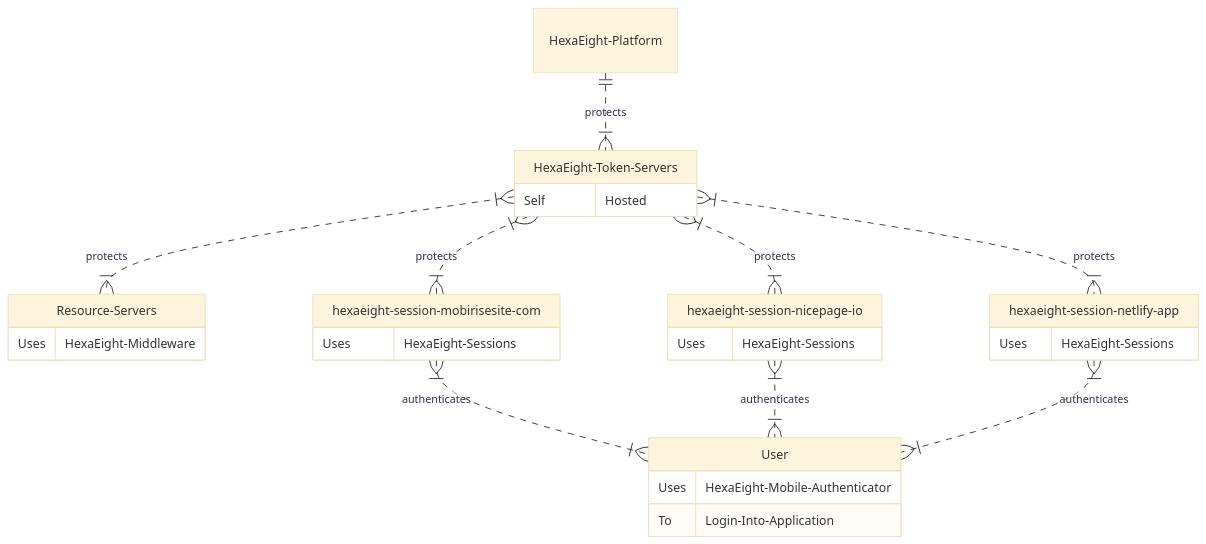
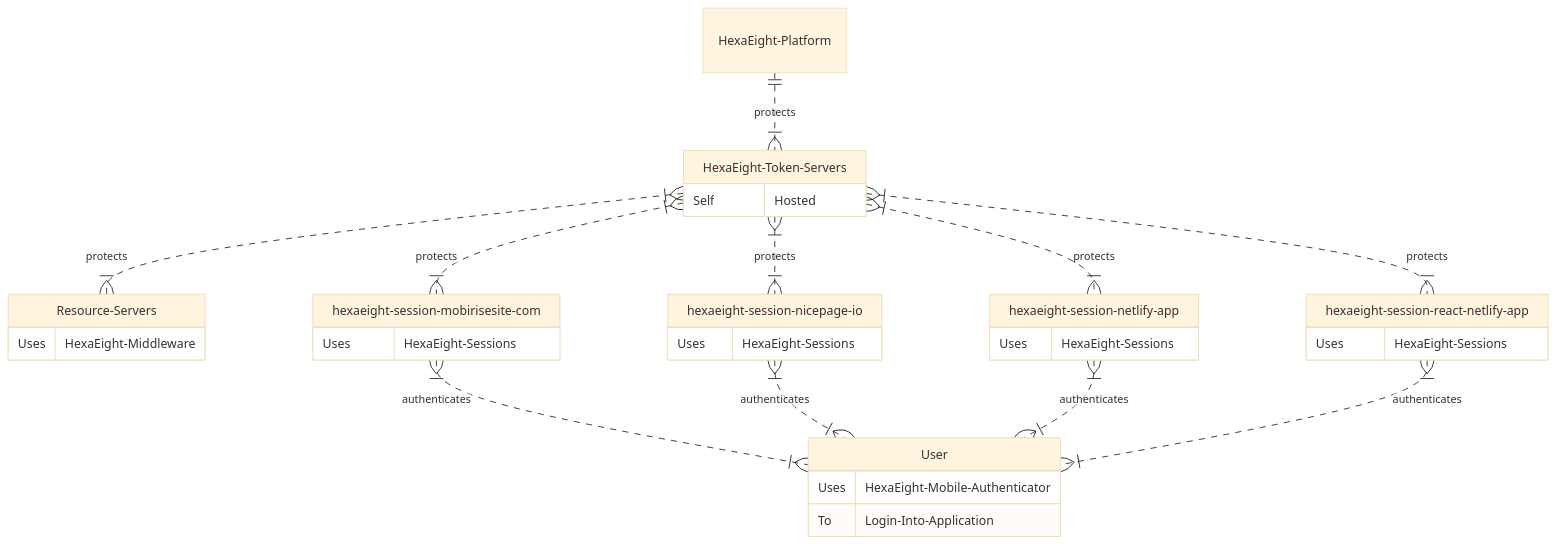
One commit to HexaEightTeam/session-js-spa-https changed the second of 2 diagrams in README.md. Above: the diagram before and after it, drawn with Mermaid (base theme).

````diff
--- a/README.md
+++ b/README.md
@@ -99,31 +99,36 @@
 ```mermaid
 erDiagram
 	HexaEight-Platform ||..|{ HexaEight-Token-Servers : protects
 	HexaEight-Token-Servers }|..|{ Resource-Servers : protects
         Resource-Servers {
         Uses HexaEight-Middleware
 	}
 	HexaEight-Token-Servers {
 	Self Hosted
 	}
+	HexaEight-Token-Servers }|..|{ hexaeight-session-netlify-app : protects
+        hexaeight-session-netlify-app{
+	Uses HexaEight-Sessions
+	}
+	HexaEight-Token-Servers }|..|{ hexaeight-session-react-netlify-app : protects
+        hexaeight-session-react-netlify-app{
+	Uses HexaEight-Sessions
+	}
 	HexaEight-Token-Servers }|..|{ hexaeight-session-mobirisesite-com : protects
         hexaeight-session-mobirisesite-com{
 	Uses HexaEight-Sessions
 	}
 	HexaEight-Token-Servers }|..|{ hexaeight-session-nicepage-io : protects
         hexaeight-session-nicepage-io{
 	Uses HexaEight-Sessions
 	}
-	HexaEight-Token-Servers }|..|{ hexaeight-session-netlify-app : protects
-        hexaeight-session-netlify-app{
-	Uses HexaEight-Sessions
-	}
 	hexaeight-session-mobirisesite-com }|..|{ User : authenticates
 	hexaeight-session-nicepage-io }|..|{ User : authenticates
 	hexaeight-session-netlify-app }|..|{ User : authenticates
+	hexaeight-session-react-netlify-app }|..|{ User : authenticates
 	User{
 	Uses HexaEight-Mobile-Authenticator
 	To   Login-Into-Application
 	}
 
 ```
````
